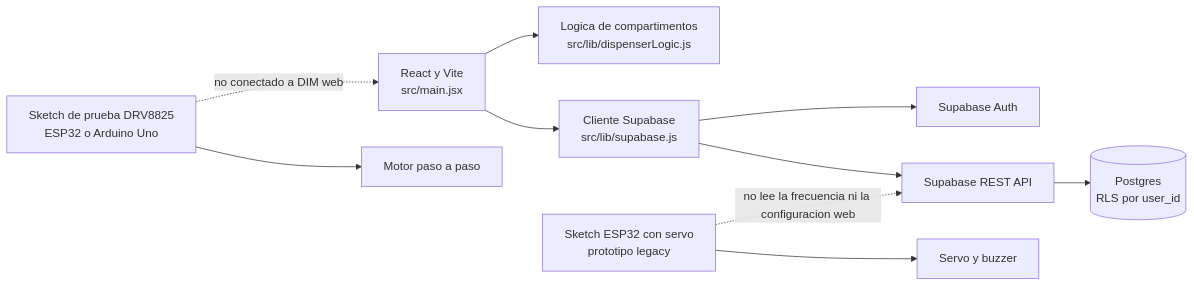
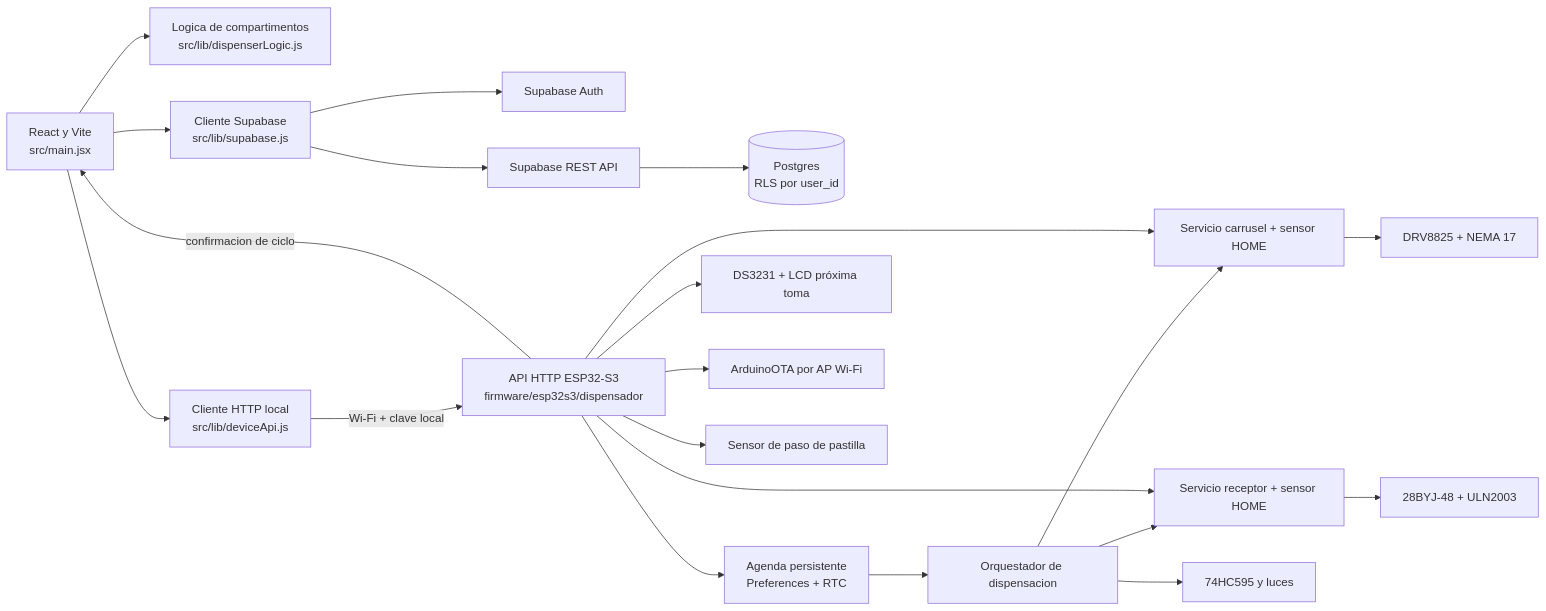
One commit to Clavijo110/DIM changed the first of 3 diagrams in docs/software-firmware.md. Above: the diagram before and after it, drawn with Mermaid. The commit also changed other lines of this file and 113 other files, not shown here.

Commit message:
Sync latest local DIM implementation

````diff
--- a/docs/software-firmware.md
+++ b/docs/software-firmware.md
@@ -11,12 +11,23 @@
 ```mermaid
 flowchart LR
     Browser[React y Vite<br/>src/main.jsx] --> Logic[Logica de compartimentos<br/>src/lib/dispenserLogic.js]
     Browser --> Client[Cliente Supabase<br/>src/lib/supabase.js]
     Client --> Auth[Supabase Auth]
     Client --> REST[Supabase REST API]
     REST --> DB[(Postgres\nRLS por user_id)]
-    Stepper[Sketch de prueba DRV8825\nESP32 o Arduino Uno] --> Motor[Motor paso a paso]
-    Legacy[Sketch ESP32 con servo\nprototipo legacy] --> Servo[Servo y buzzer]
-    Stepper -. no conectado a DIM web .-> Browser
-    Legacy -. no lee la frecuencia ni la configuracion web .-> REST
+    Browser --> DeviceClient[Cliente HTTP local\nsrc/lib/deviceApi.js]
+    DeviceClient -->|Wi-Fi + clave local| Firmware[API HTTP ESP32-S3\nfirmware/esp32s3/dispensador]
+    Firmware --> Schedule[Agenda persistente\nPreferences + RTC]
+    Schedule --> Dispense[Orquestador de dispensacion]
+    Dispense --> Carousel
+    Dispense --> Feeder
+    Dispense --> Indicator[74HC595 y luces]
+    Firmware --> Carousel[Servicio carrusel + sensor HOME]
+    Firmware --> Feeder[Servicio receptor + sensor HOME]
+    Firmware --> RTC[DS3231 + LCD próxima toma]
+    Firmware --> OTA[ArduinoOTA por AP Wi-Fi]
+    Carousel --> Motor[DRV8825 + NEMA 17]
+    Feeder --> Drop[28BYJ-48 + ULN2003]
+    Firmware --> Sensor[Sensor de paso de pastilla]
+    Firmware -->|confirmacion de ciclo| Browser
 ```
````
